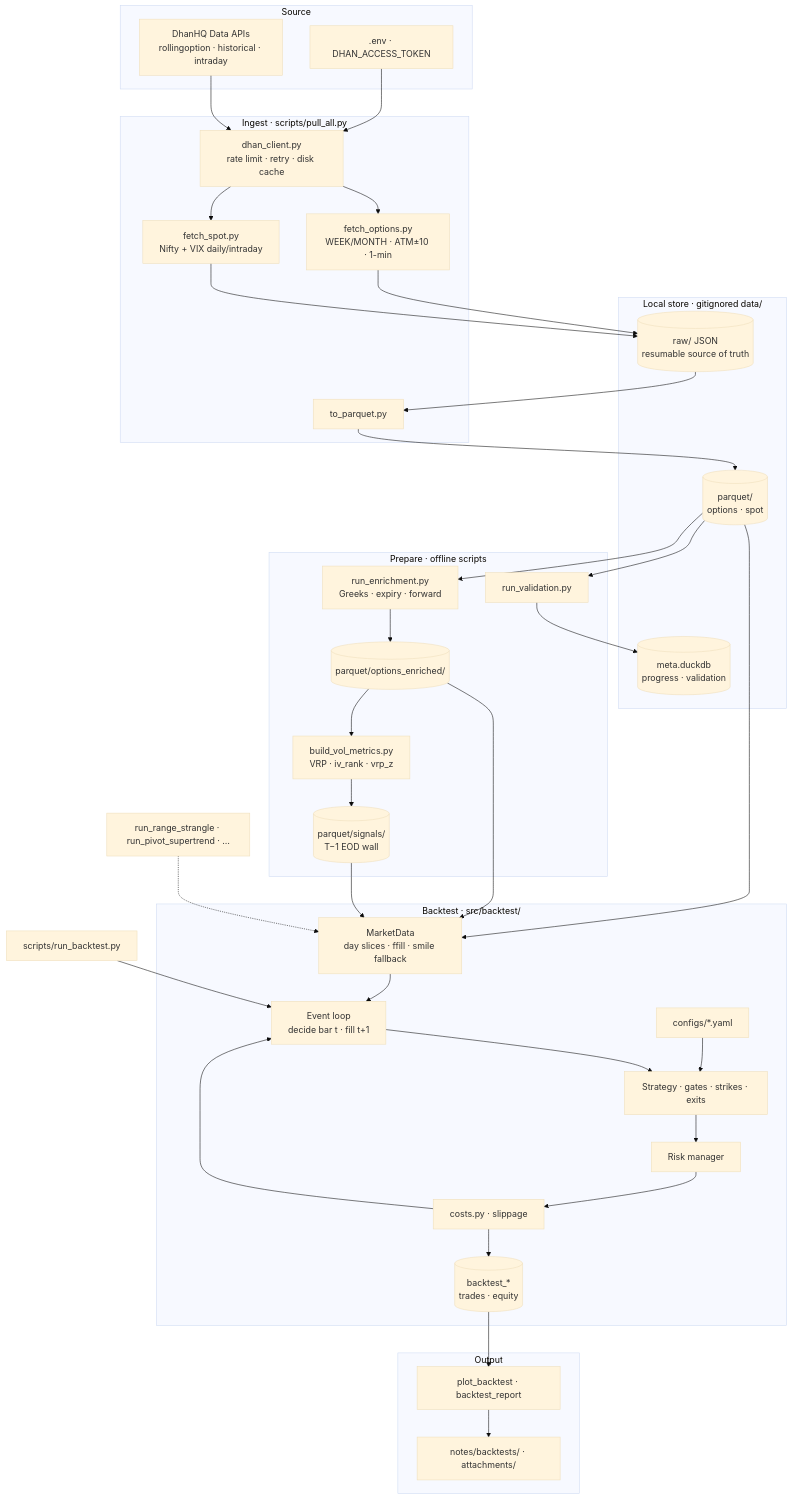
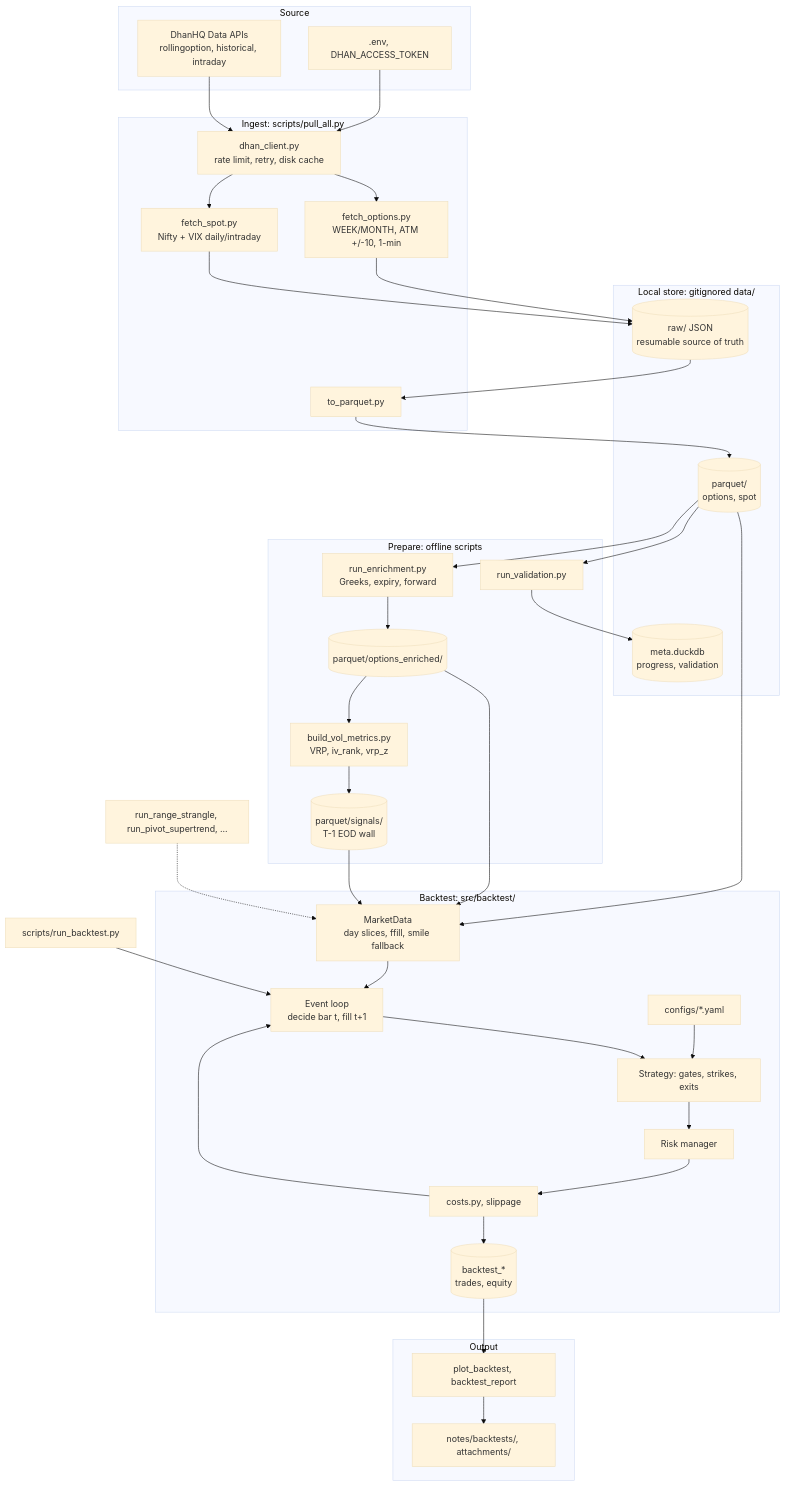
Before and after one commit to suraj9321/DhanApiBacktest: the diagram in README.md, drawn with Mermaid (base theme). The commit also changed other lines of this file, not shown here.

Commit message:
refactoring architecture render code

````diff
--- a/README.md
+++ b/README.md
@@ -82,73 +83,73 @@
 ```mermaid
 flowchart TB
   subgraph source["Source"]
-    API["DhanHQ Data APIs<br/>rollingoption · historical · intraday"]
-    ENV[".env · DHAN_ACCESS_TOKEN"]
+    API["DhanHQ Data APIs<br/>rollingoption, historical, intraday"]
+    ENV[".env, DHAN_ACCESS_TOKEN"]
   end
 
-  subgraph ingest["Ingest · scripts/pull_all.py"]
-    DC["dhan_client.py<br/>rate limit · retry · disk cache"]
-    FO["fetch_options.py<br/>WEEK/MONTH · ATM±10 · 1-min"]
+  subgraph ingest["Ingest: scripts/pull_all.py"]
+    DC["dhan_client.py<br/>rate limit, retry, disk cache"]
+    FO["fetch_options.py<br/>WEEK/MONTH, ATM +/-10, 1-min"]
     FS["fetch_spot.py<br/>Nifty + VIX daily/intraday"]
     TP["to_parquet.py"]
   end
 
-  subgraph store["Local store · gitignored data/"]
+  subgraph store["Local store: gitignored data/"]
     RAW[("raw/ JSON<br/>resumable source of truth")]
-    PQ[("parquet/<br/>options · spot")]
-    META[("meta.duckdb<br/>progress · validation")]
+    PQ[("parquet/<br/>options, spot")]
+    META[("meta.duckdb<br/>progress, validation")]
   end
 
-  subgraph prepare["Prepare · offline scripts"]
+  subgraph prepare["Prepare: offline scripts"]
     VAL["run_validation.py"]
-    ENR["run_enrichment.py<br/>Greeks · expiry · forward"]
-    VOL["build_vol_metrics.py<br/>VRP · iv_rank · vrp_z"]
+    ENR["run_enrichment.py<br/>Greeks, expiry, forward"]
+    VOL["build_vol_metrics.py<br/>VRP, iv_rank, vrp_z"]
     ENP[("parquet/options_enriched/")]
-    SIG[("parquet/signals/<br/>T−1 EOD wall")]
+    SIG[("parquet/signals/<br/>T-1 EOD wall")]
   end
 
-  subgraph backtest["Backtest · src/backtest/"]
+  subgraph backtest["Backtest: src/backtest/"]
     YAML["configs/*.yaml"]
-    MD["MarketData<br/>day slices · ffill · smile fallback"]
-    LOOP["Event loop<br/>decide bar t · fill t+1"]
-    STRAT["Strategy · gates · strikes · exits"]
+    MD["MarketData<br/>day slices, ffill, smile fallback"]
+    LOOP["Event loop<br/>decide bar t, fill t+1"]
+    STRAT["Strategy: gates, strikes, exits"]
     RISK["Risk manager"]
-    COST["costs.py · slippage"]
-    LED[("backtest_*<br/>trades · equity")]
+    COST["costs.py, slippage"]
+    LED[("backtest_*<br/>trades, equity")]
   end
 
   subgraph output["Output"]
-    REP["plot_backtest · backtest_report"]
-    VAULT["notes/backtests/ · attachments/"]
+    REP["plot_backtest, backtest_report"]
+    VAULT["notes/backtests/, attachments/"]
   end
 
   ENV --> DC
   API --> DC
   DC --> FO
   DC --> FS
   FO --> RAW
   FS --> RAW
   RAW --> TP
   TP --> PQ
   PQ --> VAL
   VAL --> META
   PQ --> ENR
   ENR --> ENP
   ENP --> VOL
   VOL --> SIG
   PQ --> MD
   ENP --> MD
   SIG --> MD
   YAML --> STRAT
   MD --> LOOP
   LOOP --> STRAT
   STRAT --> RISK
   RISK --> COST
   COST --> LOOP
   COST --> LED
   LED --> REP
   REP --> VAULT
 
   RUN["scripts/run_backtest.py"] --> LOOP
-  ALT["run_range_strangle · run_pivot_supertrend · …"] -.-> MD
+  ALT["run_range_strangle, run_pivot_supertrend, ..."] -.-> MD
 ```
````
